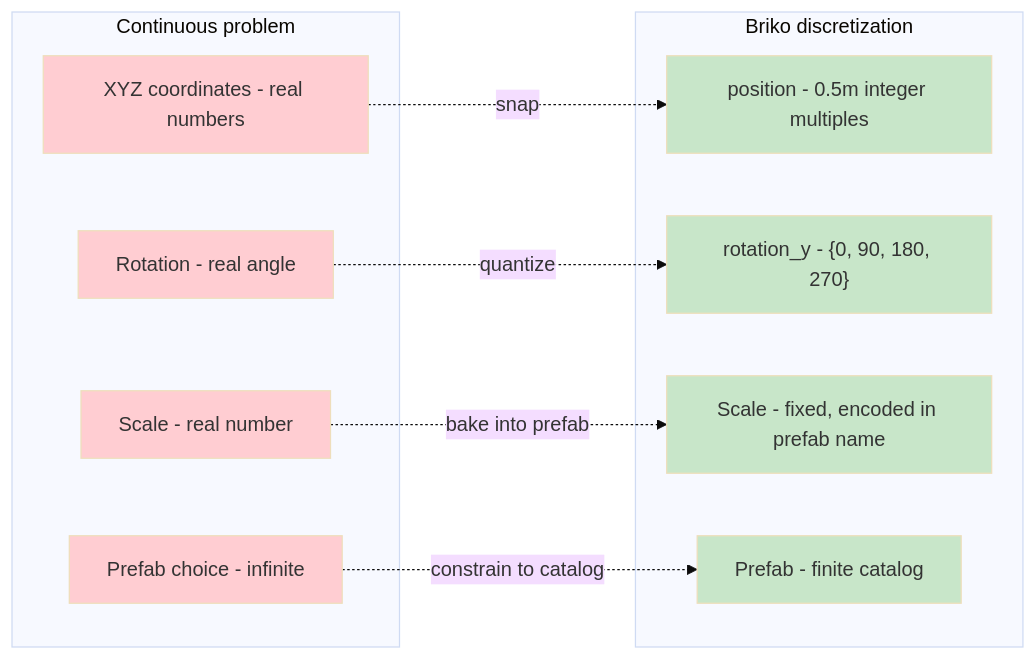
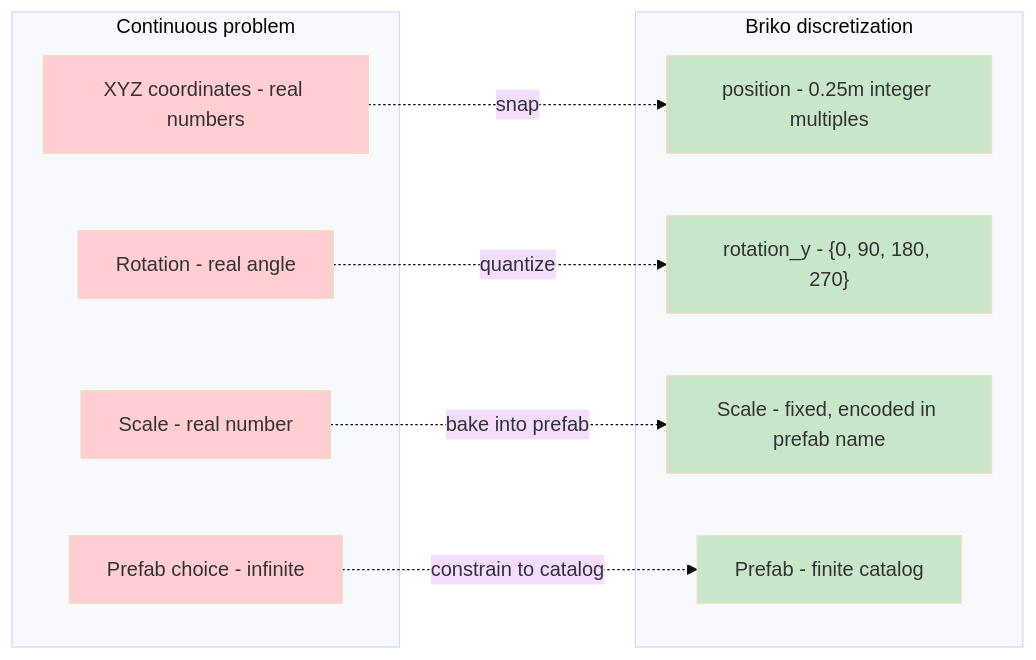
Before and after one commit to hiroxpepe/briko: the seventh of 39 diagrams in docs/briko_spec.md, drawn with Mermaid (base theme). The commit also changed other lines of this file and 25 other files, not shown here.

````diff
--- a/docs/briko_spec.md
+++ b/docs/briko_spec.md
@@ -202,30 +202,30 @@
 ```mermaid
 graph LR
     subgraph "Continuous problem"
         C1[XYZ coordinates - real numbers]
         C2[Rotation - real angle]
         C3[Scale - real number]
         C4[Prefab choice - infinite]
     end
 
     subgraph "Briko discretization"
-        D1["position - 0.5m integer multiples"]
+        D1["position - 0.25m integer multiples"]
         D2["rotation_y - {0, 90, 180, 270}"]
         D3[Scale - fixed, encoded in prefab name]
         D4[Prefab - finite catalog]
     end
 
     C1 -.snap.-> D1
     C2 -.quantize.-> D2
     C3 -.bake into prefab.-> D3
     C4 -.constrain to catalog.-> D4
 
     style C1 fill:#ffcdd2
     style C2 fill:#ffcdd2
     style C3 fill:#ffcdd2
     style C4 fill:#ffcdd2
     style D1 fill:#c8e6c9
     style D2 fill:#c8e6c9
     style D3 fill:#c8e6c9
     style D4 fill:#c8e6c9
 ```
````
